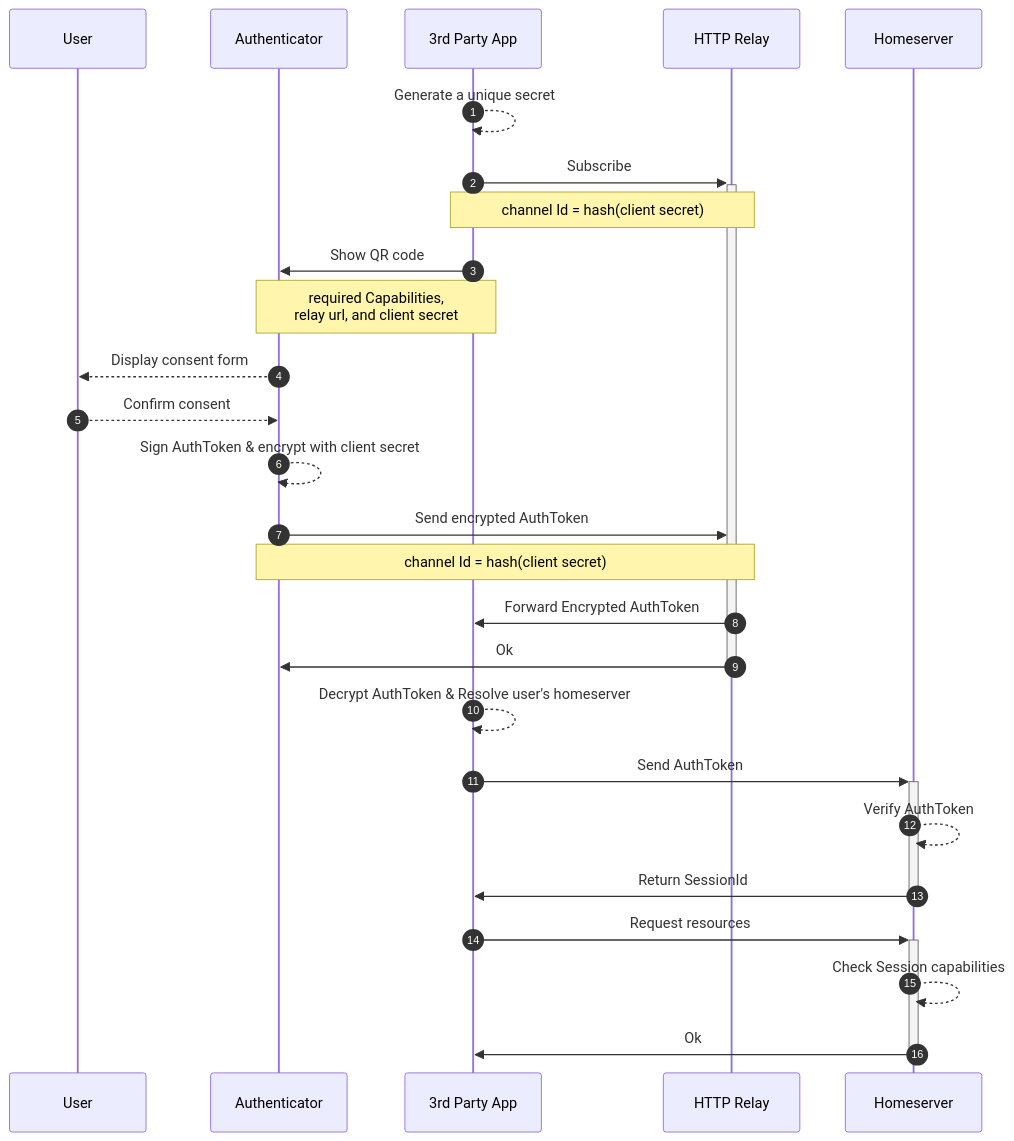
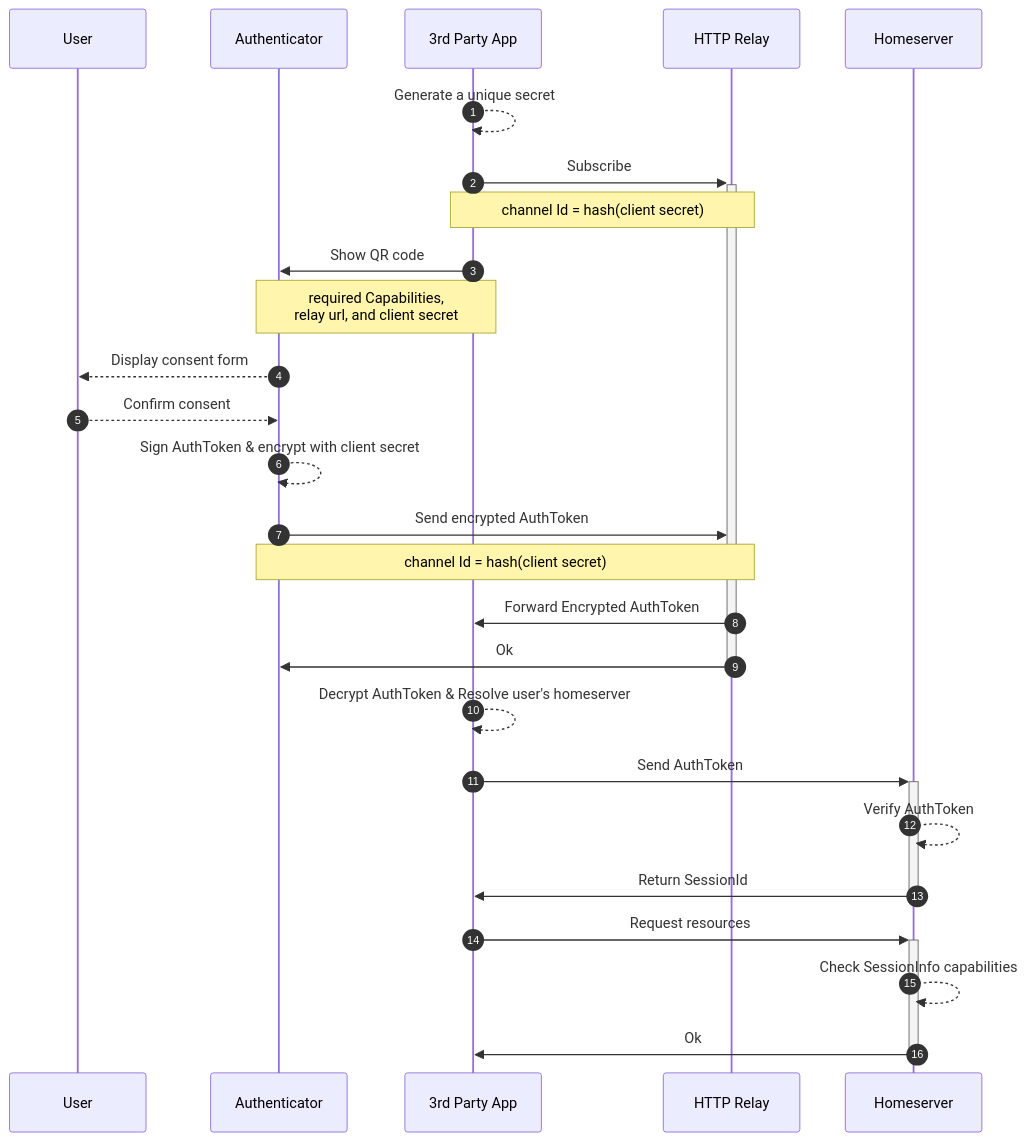
The diagram in docs/src/spec/auth.md (pubky/pubky-core), drawn with Mermaid before and after one commit. The commit also changed other lines of this file and 11 other files, not shown here.

Commit message:
rename Session to SessionInfo

````diff
--- a/docs/src/spec/auth.md
+++ b/docs/src/spec/auth.md
@@ -17,30 +18,30 @@
 ```mermaid
 sequenceDiagram
     participant User
     participant Authenticator
-    participant 3rd Party App 
+    participant 3rd Party App
     participant HTTP Relay
     participant Homeserver
 
     autonumber
-    
+
     3rd Party App -->>3rd Party App : Generate a unique secret
     3rd Party App ->>+HTTP Relay: Subscribe
     note over 3rd Party App ,HTTP Relay: channel Id = hash(client secret)
     3rd Party App ->>Authenticator: Show QR code
     note over 3rd Party App ,Authenticator: required Capabilities,<br/>relay url, and client secret
     Authenticator-->>User: Display consent form
     User -->>Authenticator: Confirm consent
     Authenticator-->>Authenticator: Sign AuthToken & encrypt with client secret
     Authenticator->>HTTP Relay: Send encrypted AuthToken
     note over Authenticator ,HTTP Relay: channel Id = hash(client secret)
     HTTP Relay->>3rd Party App : Forward Encrypted AuthToken
     HTTP Relay->>-Authenticator: Ok
     3rd Party App -->>3rd Party App : Decrypt AuthToken & Resolve user's homeserver
     3rd Party App ->>+Homeserver: Send AuthToken
     Homeserver-->>Homeserver: Verify AuthToken
     Homeserver->>-3rd Party App : Return SessionId
     3rd Party App ->>+Homeserver: Request resources
-    Homeserver-->>Homeserver: Check Session capabilities
+    Homeserver-->>Homeserver: Check SessionInfo capabilities
     Homeserver ->>-3rd Party App: Ok
 ```
````
